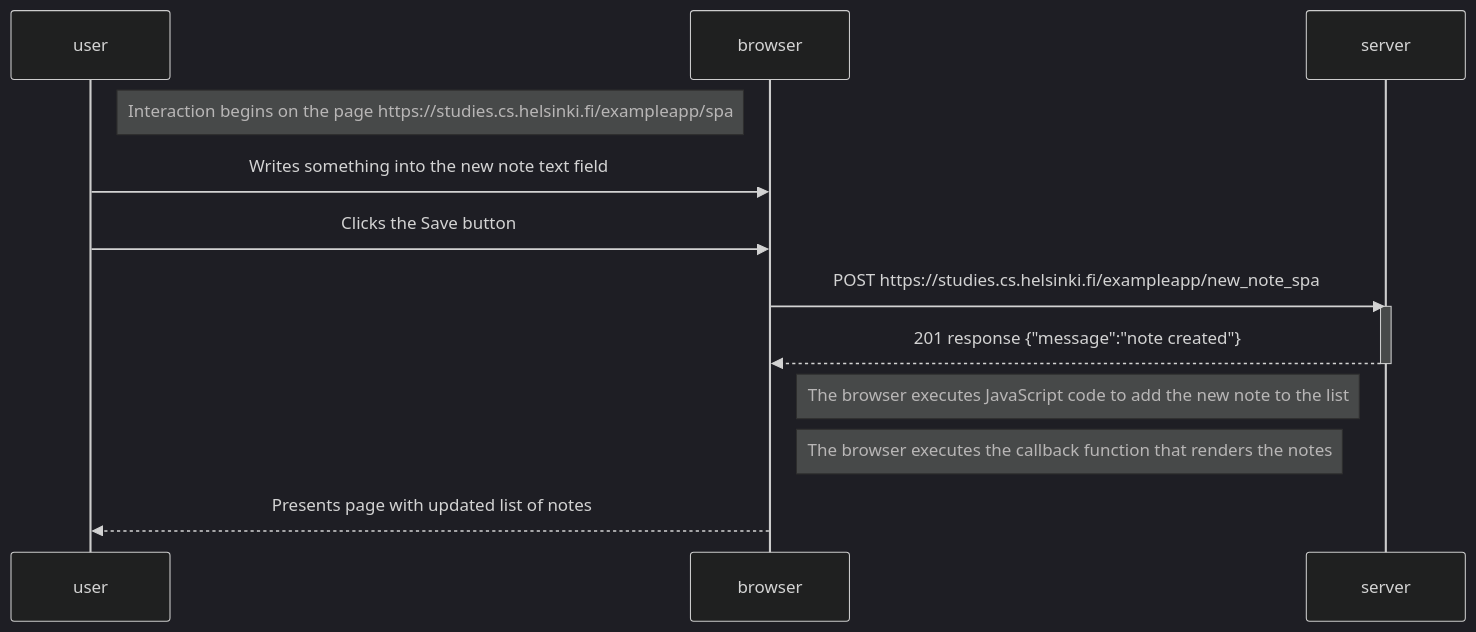
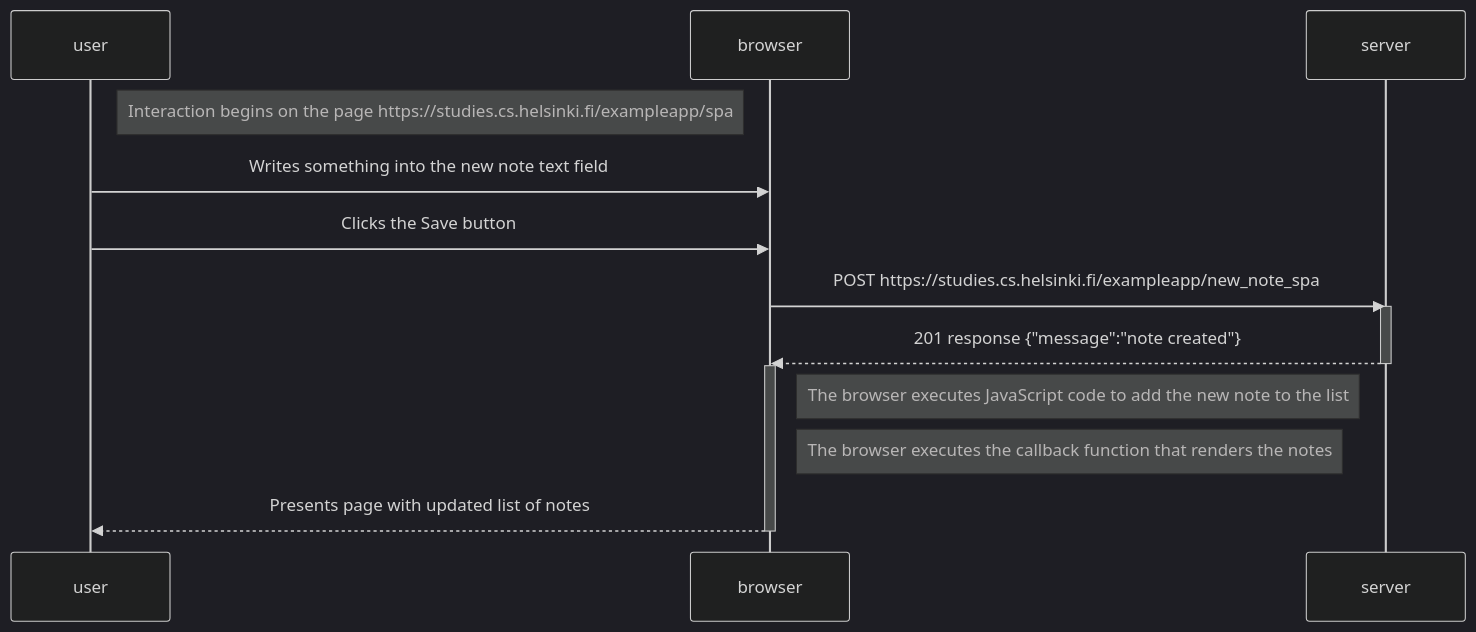
The diagram in part0/0.6/new_note_in_single_page_app_diagram.md (dave-mp/fullstackopen), drawn with Mermaid (dark theme) before and after one commit. The commit also changed 2 other files, not shown here.

Commit message:
Exercises 0.4-0.6 small changes

````diff
--- a/part0/0.6/new_note_in_single_page_app_diagram.md
+++ b/part0/0.6/new_note_in_single_page_app_diagram.md
@@ -1,21 +1,22 @@
 ```mermaid
 sequenceDiagram
     participant user
     participant browser
     participant server
 
-    Note right of user: Interaction begins on the page https://studies.cs.helsinki.fi/exampleapp/spa 
+    Note right of user: Interaction begins on the page https://studies.cs.helsinki.fi/exampleapp/spa
 
     user->>browser: Writes something into the new note text field
     user->>browser: Clicks the Save button
     browser->>server: POST https://studies.cs.helsinki.fi/exampleapp/new_note_spa
     activate server
     server-->>browser: 201 response {"message":"note created"}
     deactivate server
 
+    activate browser
     Note right of browser: The browser executes JavaScript code to add the new note to the list
-
     Note right of browser: The browser executes the callback function that renders the notes
 
     browser-->>user: Presents page with updated list of notes
+    deactivate browser
 ```
````
